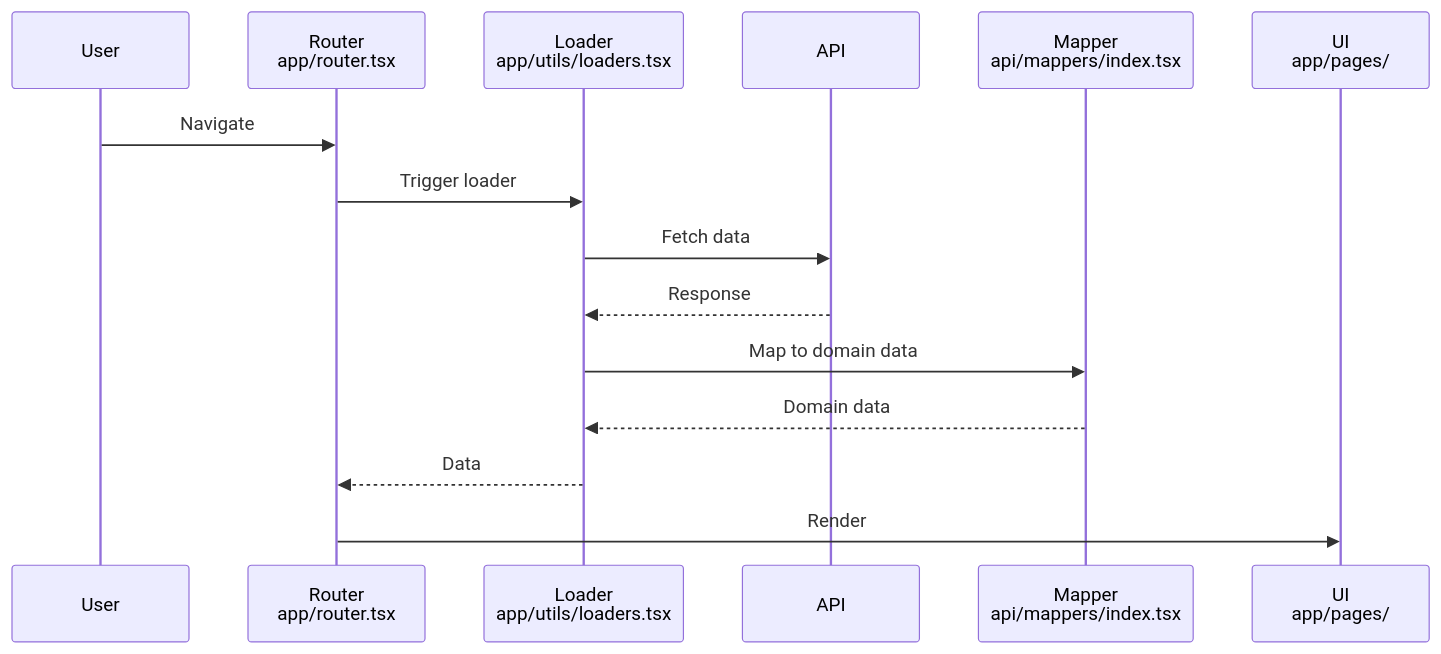
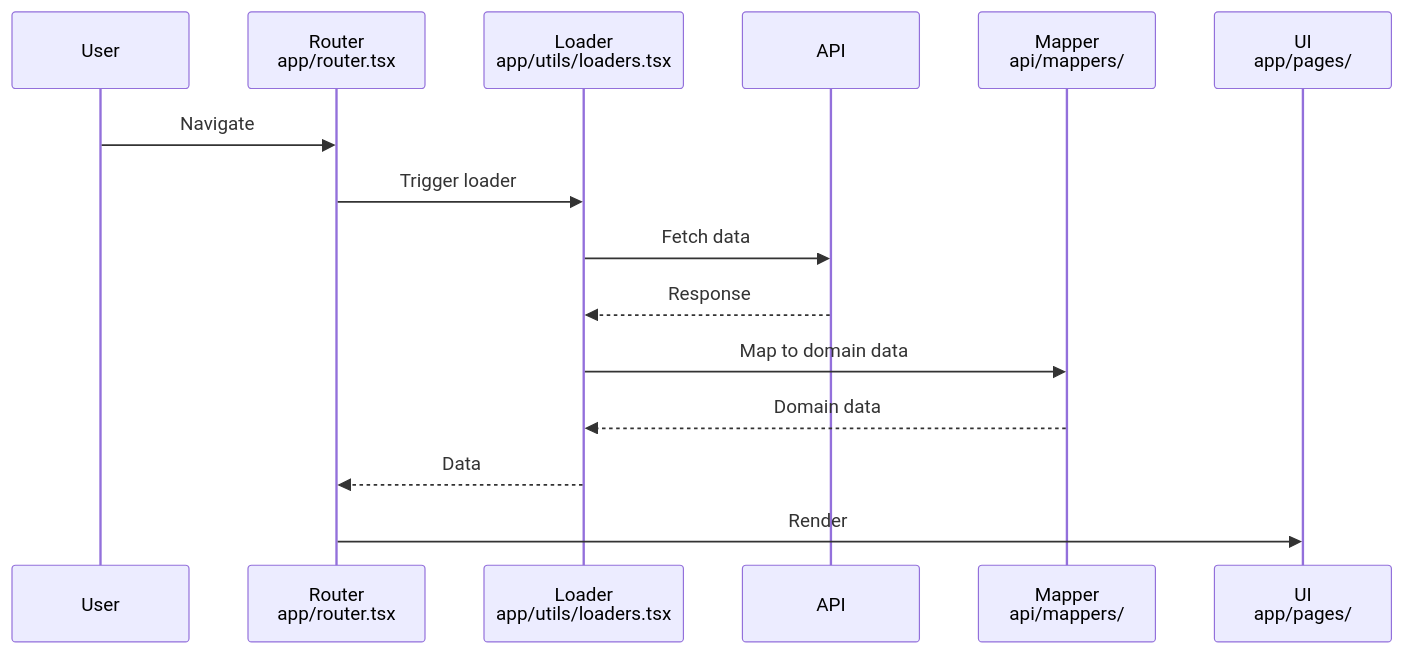
The third of 5 diagrams in app/docs/architecture.md (lairaalmas/reactlots-app), drawn with Mermaid before and after one commit. The commit also changed other lines of this file and 6 other files, not shown here.

````diff
--- a/app/docs/architecture.md
+++ b/app/docs/architecture.md
@@ -107,18 +122,18 @@
 ```mermaid
 sequenceDiagram
     participant User
     participant Router as Router<br/>app/router.tsx
     participant Loader as Loader<br/>app/utils/loaders.tsx
     participant API
-    participant Mapper as Mapper<br/>api/mappers/index.tsx
+    participant Mapper as Mapper<br/>api/mappers/
     participant UI as UI<br/>app/pages/
 
     User->>Router: Navigate
     Router->>Loader: Trigger loader
     Loader->>API: Fetch data
     API-->>Loader: Response
     Loader->>Mapper: Map to domain data
     Mapper-->>Loader: Domain data
     Loader-->>Router: Data
     Router->>UI: Render
 ```
````
